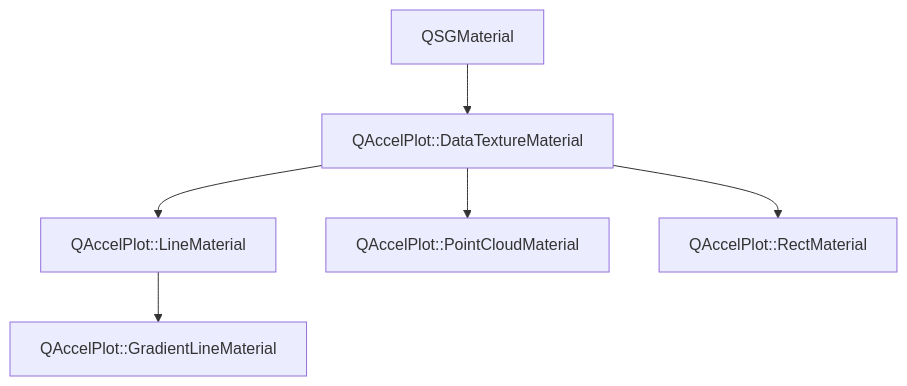
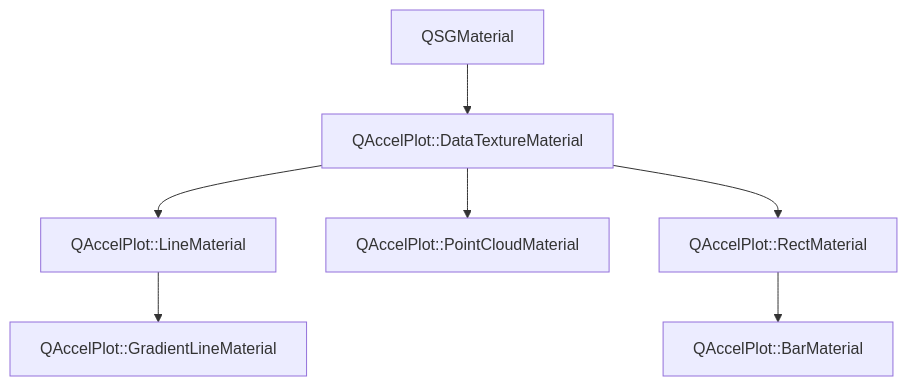
One commit to michalgrabarczyk/QAccelPlot changed the diagram in main/assets/.doxy/QAccelPlot/api/classQAccelPlot_1_1DataTextureMaterial.md. Above: the diagram before and after it, drawn with Mermaid. The commit also changed 307 other files, not shown here.

````diff
--- a/main/assets/.doxy/QAccelPlot/api/classQAccelPlot_1_1DataTextureMaterial.md
+++ b/main/assets/.doxy/QAccelPlot/api/classQAccelPlot_1_1DataTextureMaterial.md
@@ -32,24 +32,28 @@
 ```mermaid
 flowchart TB
   classQAccelPlot_1_1DataTextureMaterial["QAccelPlot::DataTextureMaterial"]
 
   external_base_classQAccelPlot_1_1DataTextureMaterial_1["QSGMaterial"]
   external_base_classQAccelPlot_1_1DataTextureMaterial_1 --> classQAccelPlot_1_1DataTextureMaterial
 
   classQAccelPlot_1_1LineMaterial["QAccelPlot::LineMaterial"]
   classQAccelPlot_1_1DataTextureMaterial --> classQAccelPlot_1_1LineMaterial
   click classQAccelPlot_1_1LineMaterial "../classQAccelPlot_1_1LineMaterial/" "Open QAccelPlot::LineMaterial"
 
   classQAccelPlot_1_1GradientLineMaterial["QAccelPlot::GradientLineMaterial"]
   classQAccelPlot_1_1LineMaterial --> classQAccelPlot_1_1GradientLineMaterial
   click classQAccelPlot_1_1GradientLineMaterial "../classQAccelPlot_1_1GradientLineMaterial/" "Open QAccelPlot::GradientLineMaterial"
 
   classQAccelPlot_1_1PointCloudMaterial["QAccelPlot::PointCloudMaterial"]
   classQAccelPlot_1_1DataTextureMaterial --> classQAccelPlot_1_1PointCloudMaterial
   click classQAccelPlot_1_1PointCloudMaterial "../classQAccelPlot_1_1PointCloudMaterial/" "Open QAccelPlot::PointCloudMaterial"
 
   classQAccelPlot_1_1RectMaterial["QAccelPlot::RectMaterial"]
   classQAccelPlot_1_1DataTextureMaterial --> classQAccelPlot_1_1RectMaterial
   click classQAccelPlot_1_1RectMaterial "../classQAccelPlot_1_1RectMaterial/" "Open QAccelPlot::RectMaterial"
 
+  classQAccelPlot_1_1BarMaterial["QAccelPlot::BarMaterial"]
+  classQAccelPlot_1_1RectMaterial --> classQAccelPlot_1_1BarMaterial
+  click classQAccelPlot_1_1BarMaterial "../classQAccelPlot_1_1BarMaterial/" "Open QAccelPlot::BarMaterial"
+
 ```
````
